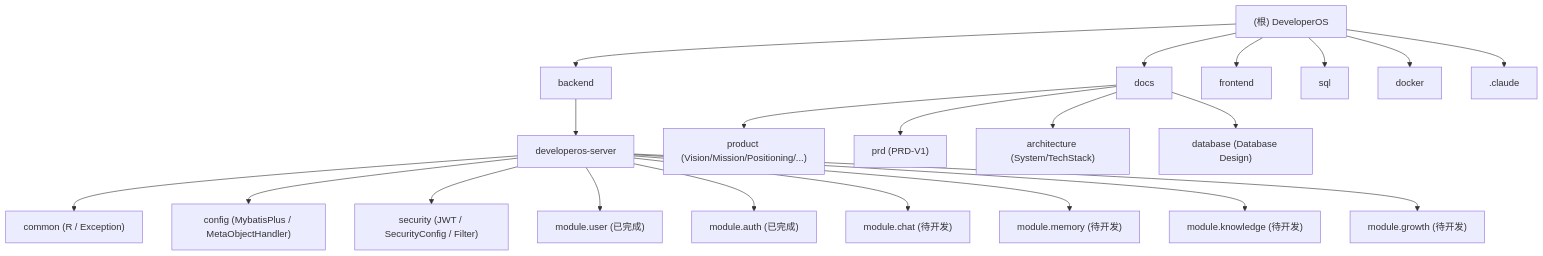
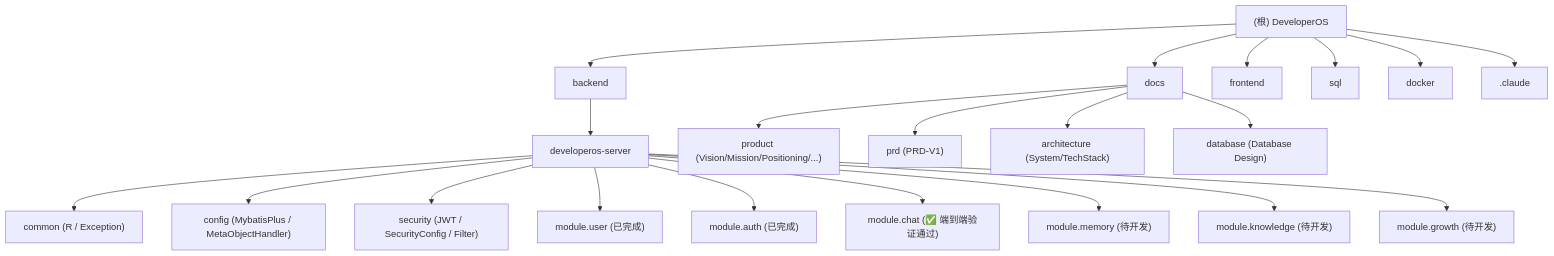
One commit to keyX-mad/DeveloperOS changed the diagram in CLAUDE.md. Above: the diagram before and after it, drawn with Mermaid. The commit also changed other lines of this file and 27 other files, not shown here.

````diff
--- a/CLAUDE.md
+++ b/CLAUDE.md
@@ -71,31 +71,31 @@
 ```mermaid
 graph TD
     A["(根) DeveloperOS"] --> B["docs"];
     A --> C["backend"];
     A --> D["frontend"];
     A --> E["sql"];
     A --> F["docker"];
     A --> G[".claude"];
 
     C --> H["developeros-server"];
 
     H --> H1["common (R / Exception)"];
     H --> H2["config (MybatisPlus / MetaObjectHandler)"];
     H --> H3["security (JWT / SecurityConfig / Filter)"];
     H --> H4["module.user (已完成)"];
     H --> H5["module.auth (已完成)"];
-    H --> H6["module.chat (待开发)"];
+    H --> H6["module.chat (✅ 端到端验证通过)"];
     H --> H7["module.memory (待开发)"];
     H --> H8["module.knowledge (待开发)"];
     H --> H9["module.growth (待开发)"];
 
     B --> B1["product (Vision/Mission/Positioning/...)"];
     B --> B2["prd (PRD-V1)"];
     B --> B3["architecture (System/TechStack)"];
     B --> B4["database (Database Design)"];
 
     click H "./backend/developeros-server/CLAUDE.md" "查看 developeros-server 主服务文档"
     click H4 "./backend/developeros-server/CLAUDE.md#模块-user" "查看 user 模块"
     click H5 "./backend/developeros-server/CLAUDE.md#模块-auth" "查看 auth 模块"
     click D "./frontend/CLAUDE.md" "查看 frontend 占位文档"
 ```
````
